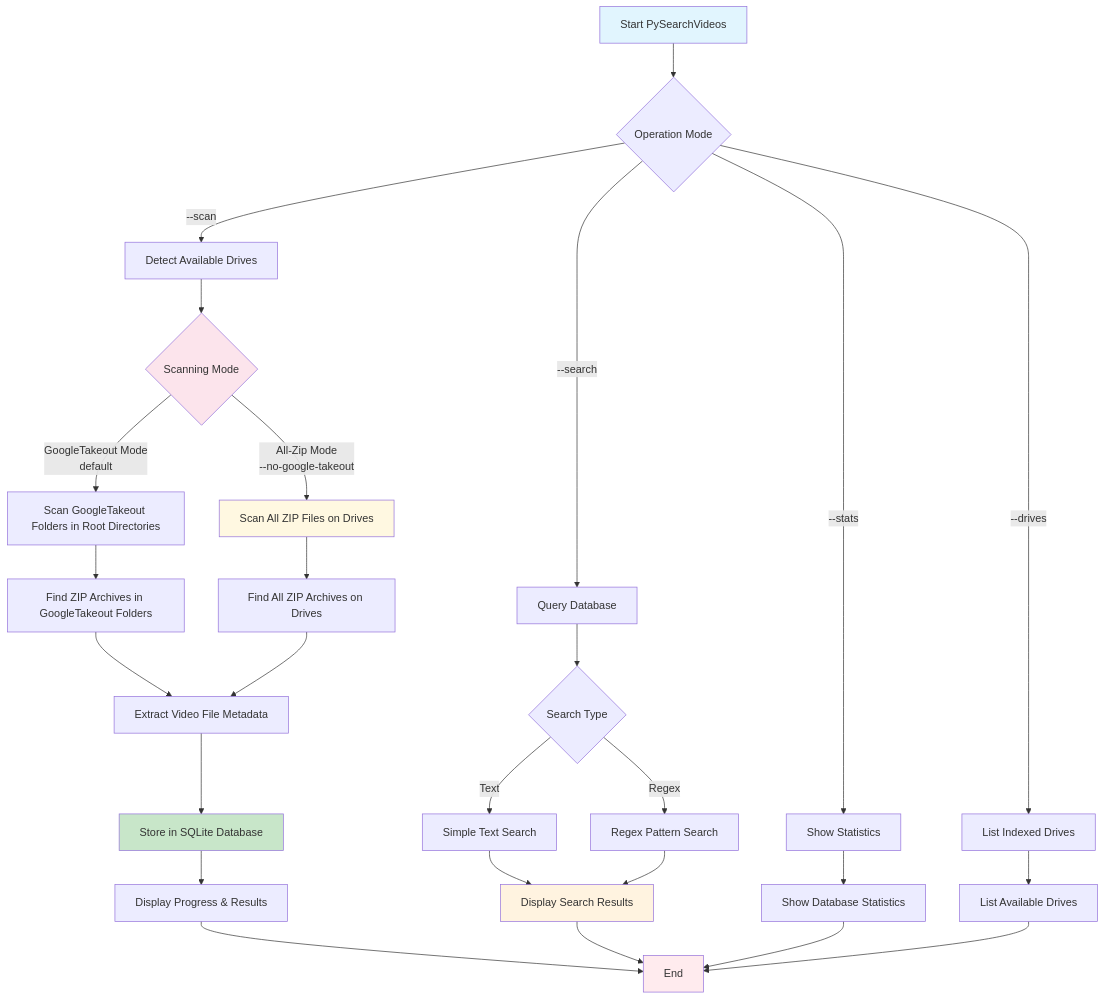
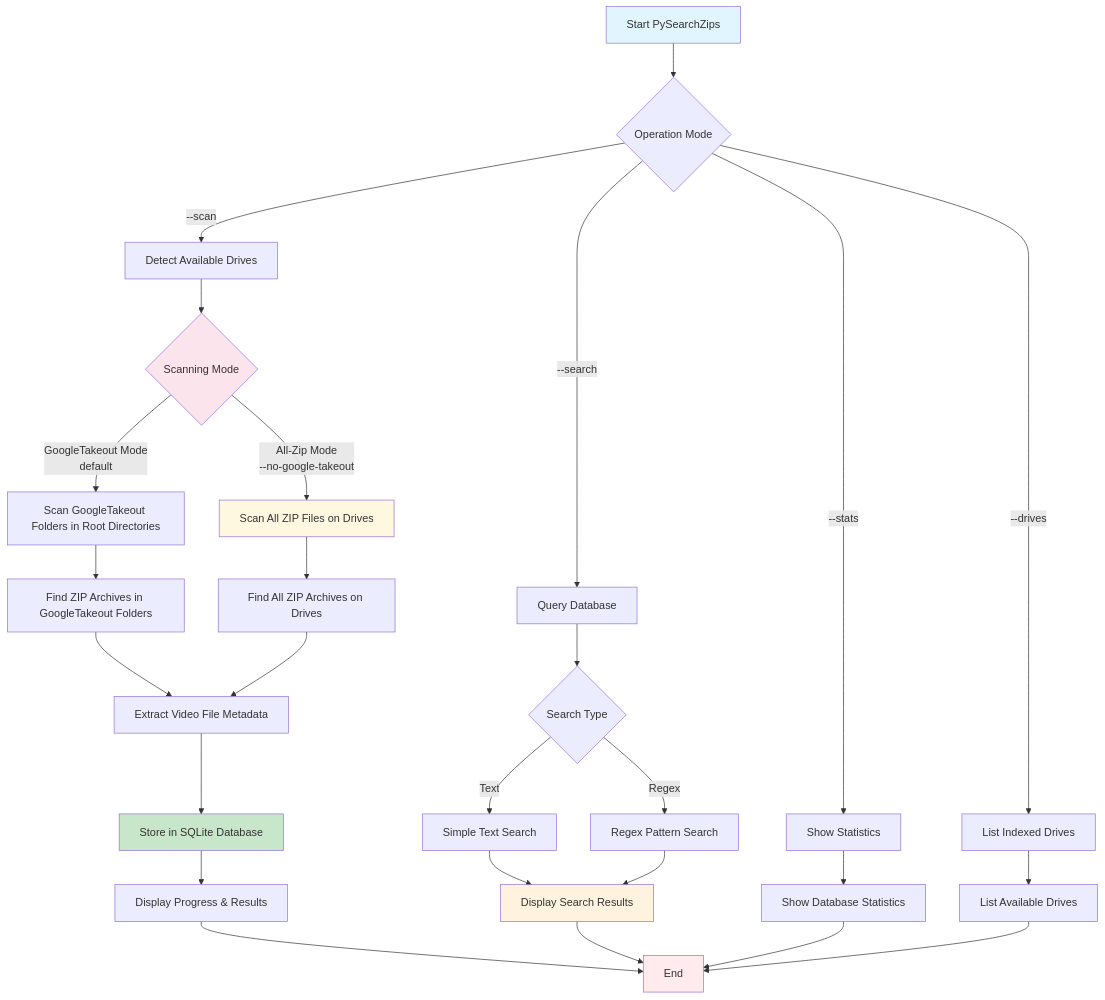
The diagram in README.md (cschladetsch/PySeachZips), drawn with Mermaid before and after one commit. The commit also changed other lines of this file, not shown here.

First line of the commit message:
Add comprehensive Configuration section to README and update workflow diagram

````diff
--- a/README.md
+++ b/README.md
@@ -44,42 +44,42 @@
 ```mermaid
 flowchart TD
-    A[Start PySearchVideos] --> B{Operation Mode}
+    A[Start PySearchZips] --> B{Operation Mode}
     
     B -->|--scan| C[Detect Available Drives]
     B -->|--search| D[Query Database]
     B -->|--stats| E[Show Statistics]
     B -->|--drives| F[List Indexed Drives]
     
     C --> G{Scanning Mode}
     G -->|GoogleTakeout Mode<br/>default| H[Scan GoogleTakeout Folders in Root Directories]
     G -->|All-Zip Mode<br/>--no-google-takeout| I[Scan All ZIP Files on Drives]
     
     H --> J[Find ZIP Archives in GoogleTakeout Folders]
     I --> K[Find All ZIP Archives on Drives]
     
     J --> L[Extract Video File Metadata]
     K --> L
     L --> M[Store in SQLite Database]
     M --> N[Display Progress & Results]
     
     D --> O{Search Type}
     O -->|Text| P[Simple Text Search]
     O -->|Regex| Q[Regex Pattern Search]
     P --> R[Display Search Results]
     Q --> R
     
     E --> S[Show Database Statistics]
     F --> T[List Available Drives]
     
     N --> U[End]
     R --> U
     S --> U
     T --> U
     
     style A fill:#e1f5fe
     style M fill:#c8e6c9
     style R fill:#fff3e0
     style U fill:#ffebee
     style G fill:#fce4ec
     style I fill:#fff8e1
 ```
````
